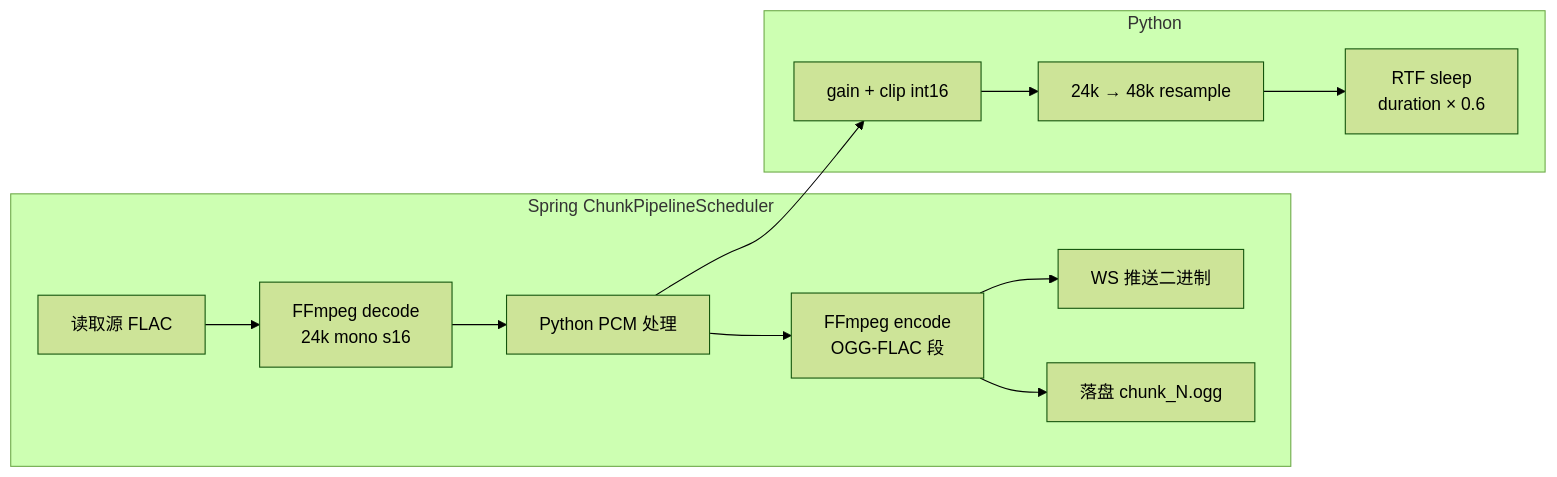
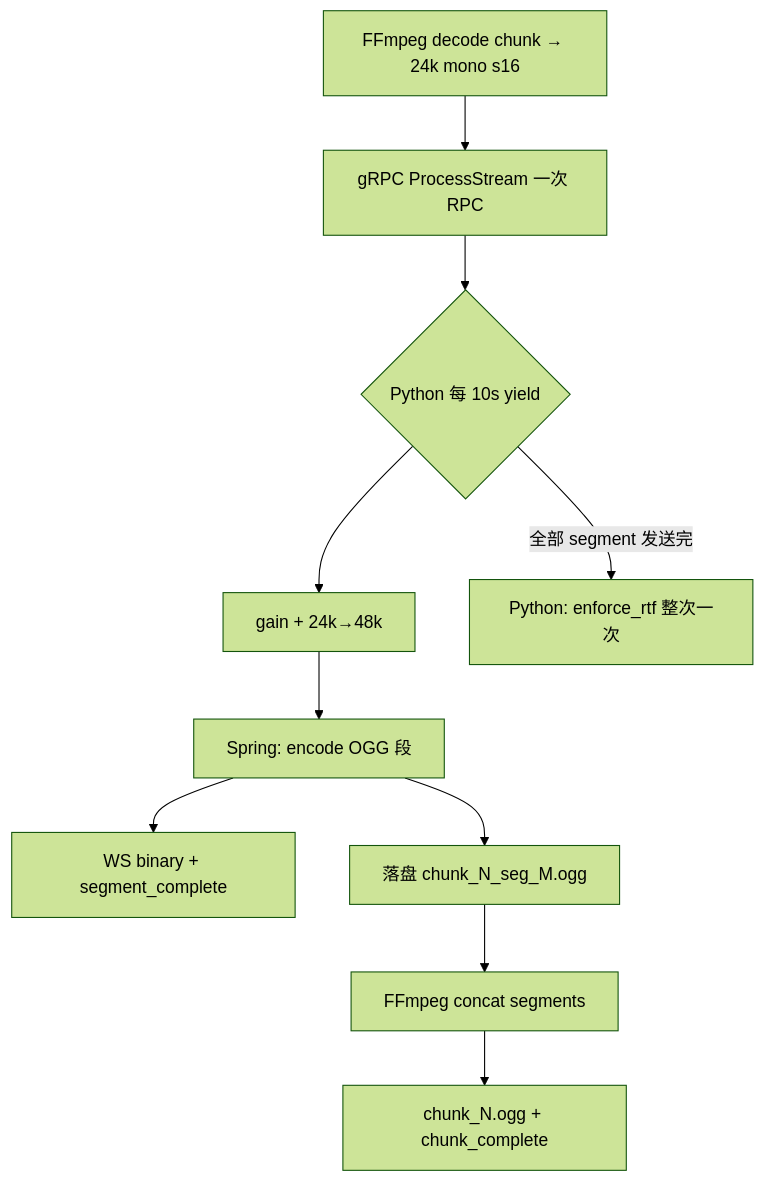
One commit to jiangxiluning/ws-audio-demo changed diagram 12 of 15 in docs/architecture.md. Above: the diagram before and after it, drawn with Mermaid (forest theme). The commit also changed other lines of this file and 4 other files, not shown here.

First line of the commit message:
Align docs with gRPC streaming and segment-level WebSocket protocol.

````diff
--- a/docs/architecture.md
+++ b/docs/architecture.md
@@ -444,16 +447,12 @@
 ```mermaid
-flowchart LR
-    subgraph Spring["Spring ChunkPipelineScheduler"]
-        A[读取源 FLAC] --> B[FFmpeg decode\n24k mono s16]
-        B --> C[Python PCM 处理]
-        C --> D[FFmpeg encode\nOGG-FLAC 段]
-        D --> E[WS 推送二进制]
-        D --> F[落盘 chunk_N.ogg]
-    end
-
-    subgraph Python["Python"]
-        C --> G[gain + clip int16]
-        G --> H[24k → 48k resample]
-        H --> I[RTF sleep\nduration × 0.6]
-    end
+flowchart TD
+    A[FFmpeg decode chunk → 24k mono s16] --> B[gRPC ProcessStream 一次 RPC]
+    B --> C{Python 每 10s yield}
+    C --> D[gain + 24k→48k]
+    D --> E[Spring: encode OGG 段]
+    E --> F[WS binary + segment_complete]
+    E --> G[落盘 chunk_N_seg_M.ogg]
+    C -->|全部 segment 发送完| H[Python: enforce_rtf 整次一次]
+    G --> I[FFmpeg concat segments]
+    I --> J[chunk_N.ogg + chunk_complete]
 ```
````
